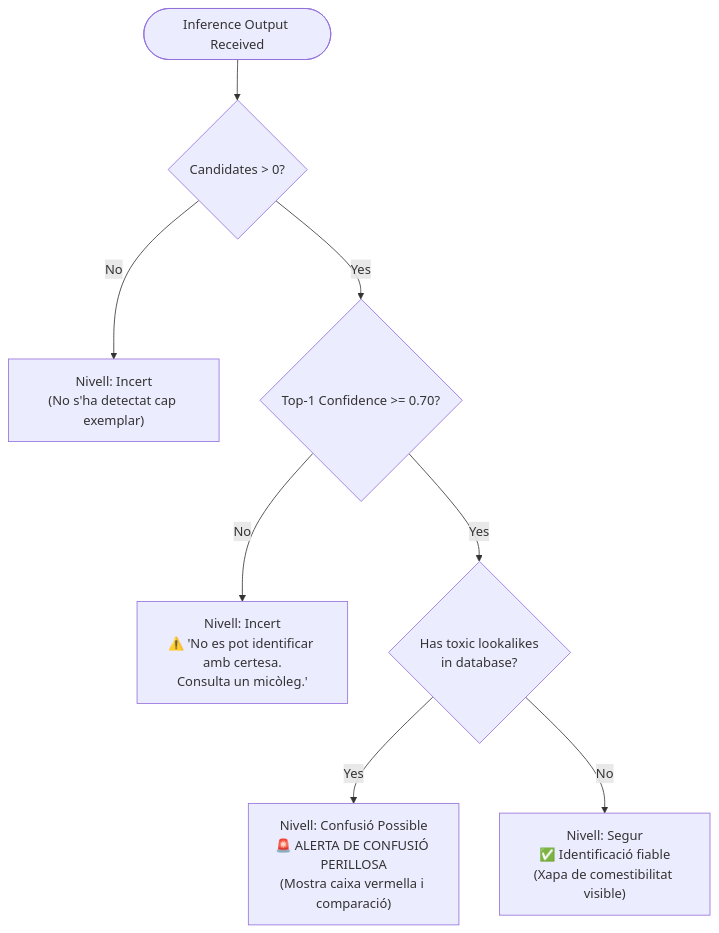
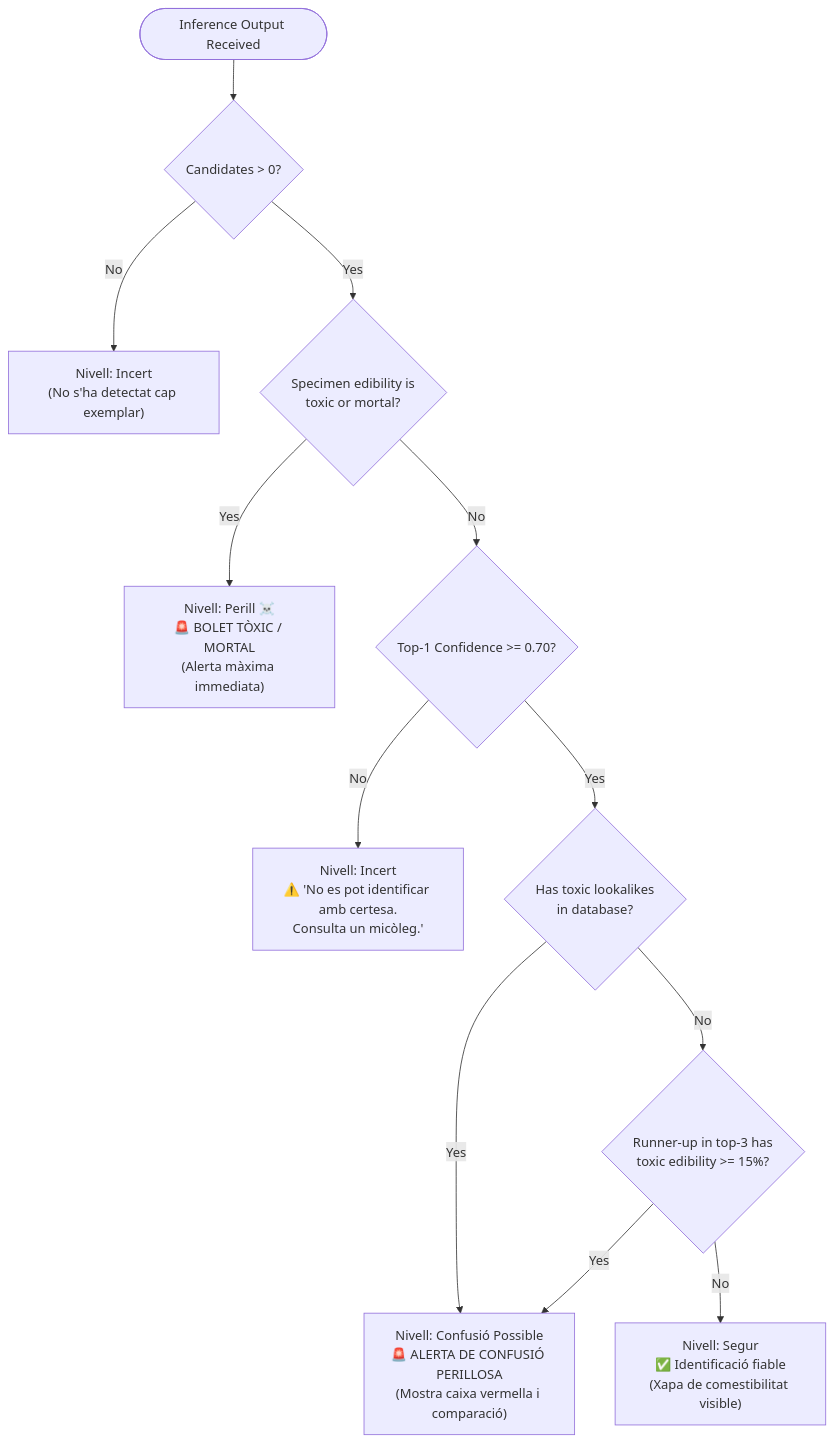
The diagram in docs/workflows/safety_gate_flow.md (jorbush/boscdex), drawn with Mermaid before and after one commit. The commit also changed other lines of this file and 57 other files, not shown here.

````diff
--- a/docs/workflows/safety_gate_flow.md
+++ b/docs/workflows/safety_gate_flow.md
@@ -9,13 +9,18 @@
 ```mermaid
 flowchart TD
     Start([Inference Output Received]) --> CheckCount{Candidates > 0?}
     CheckCount -- No --> ReturnIncert["Nivell: Incert\n(No s'ha detectat cap exemplar)"]
-    CheckCount -- Yes --> CheckConfidence{Top-1 Confidence >= 0.70?}
+    CheckCount -- Yes --> CheckSpecimenEdibility{Specimen edibility is\ntoxic or mortal?}
+
+    CheckSpecimenEdibility -- Yes --> ReturnPerill["Nivell: Perill ☠️\n🚨 BOLET TÒXIC / MORTAL\n(Alerta màxima immediata)"]
+    CheckSpecimenEdibility -- No --> CheckConfidence{Top-1 Confidence >= 0.70?}
 
     CheckConfidence -- No --> ReturnLowConf["Nivell: Incert\n⚠️ 'No es pot identificar amb certesa.\nConsulta un micòleg.'"]
     
     CheckConfidence -- Yes --> CheckToxicLookalike{Has toxic lookalikes\nin database?}
     
     CheckToxicLookalike -- Yes --> ReturnToxicAlert["Nivell: Confusió Possible\n🚨 ALERTA DE CONFUSIÓ PERILLOSA\n(Mostra caixa vermella i comparació)"]
-    CheckToxicLookalike -- No --> ReturnSegur["Nivell: Segur\n✅ Identificació fiable\n(Xapa de comestibilitat visible)"]
+    CheckToxicLookalike -- No --> CheckSecondaryToxic{Runner-up in top-3 has\ntoxic edibility >= 15%?}
+    CheckSecondaryToxic -- Yes --> ReturnToxicAlert
+    CheckSecondaryToxic -- No --> ReturnSegur["Nivell: Segur\n✅ Identificació fiable\n(Xapa de comestibilitat visible)"]
 ```
````
